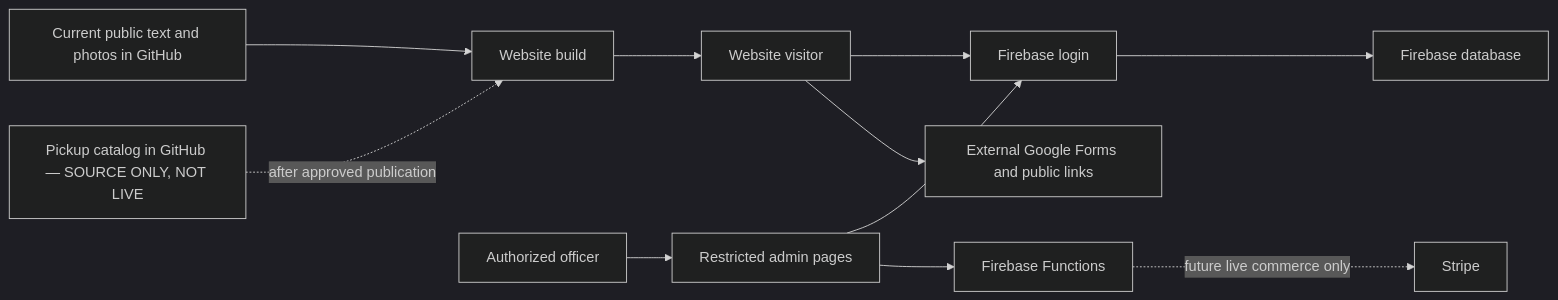
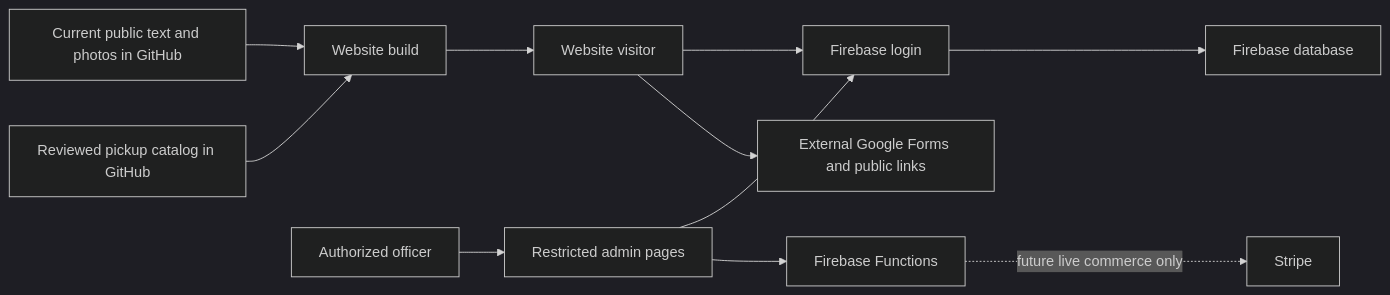
Before and after one commit to Run-MPRC/Run-MPRC.github.io: the second of 9 diagrams in docs/officers/SYSTEM_MAPS.md, drawn with Mermaid (dark theme). The commit also changed other lines of this file and 11 other files, not shown here.

````diff
--- a/docs/officers/SYSTEM_MAPS.md
+++ b/docs/officers/SYSTEM_MAPS.md
@@ -33,13 +32,13 @@
 ```mermaid
 flowchart LR
     Public["Current public text and photos in GitHub"] --> Build["Website build"]
-    Pickup["Pickup catalog in GitHub — SOURCE ONLY, NOT LIVE"] -. "after approved publication" .-> Build
+    Pickup["Reviewed pickup catalog in GitHub"] --> Build
     Build --> Visitor["Website visitor"]
     Officer["Authorized officer"] --> Admin["Restricted admin pages"]
     Visitor --> Auth["Firebase login"]
     Admin --> Auth
     Auth --> Data["Firebase database"]
     Admin --> Functions["Firebase Functions"]
     Visitor --> Forms["External Google Forms and public links"]
     Functions -. "future live commerce only" .-> Stripe["Stripe"]
 ```
````
